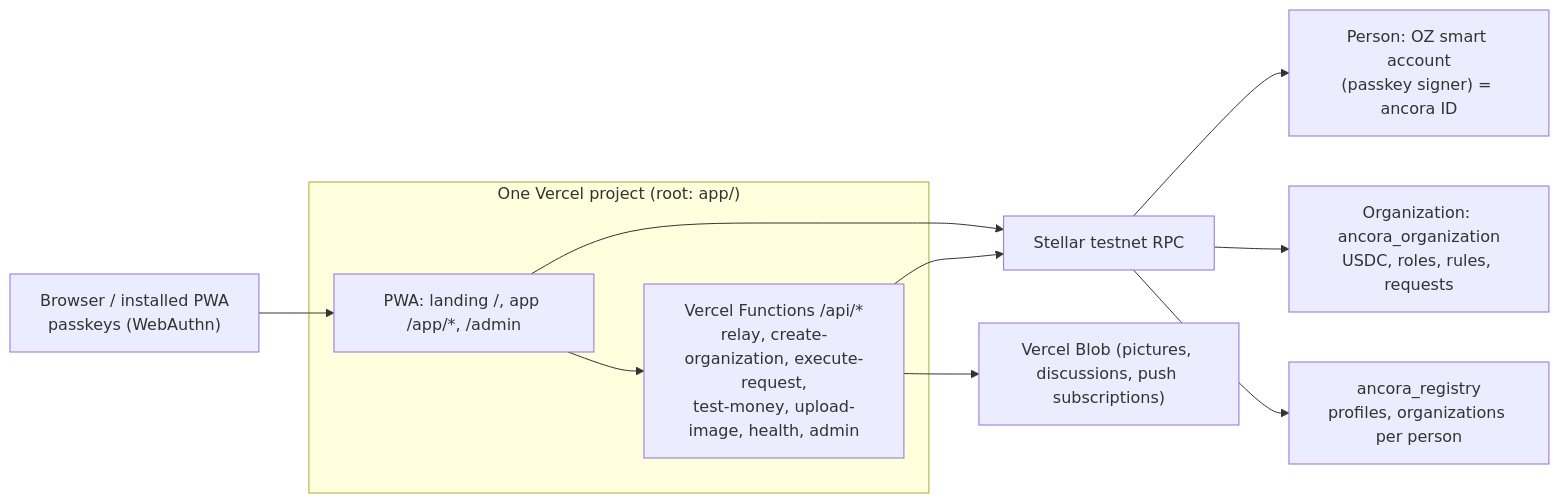
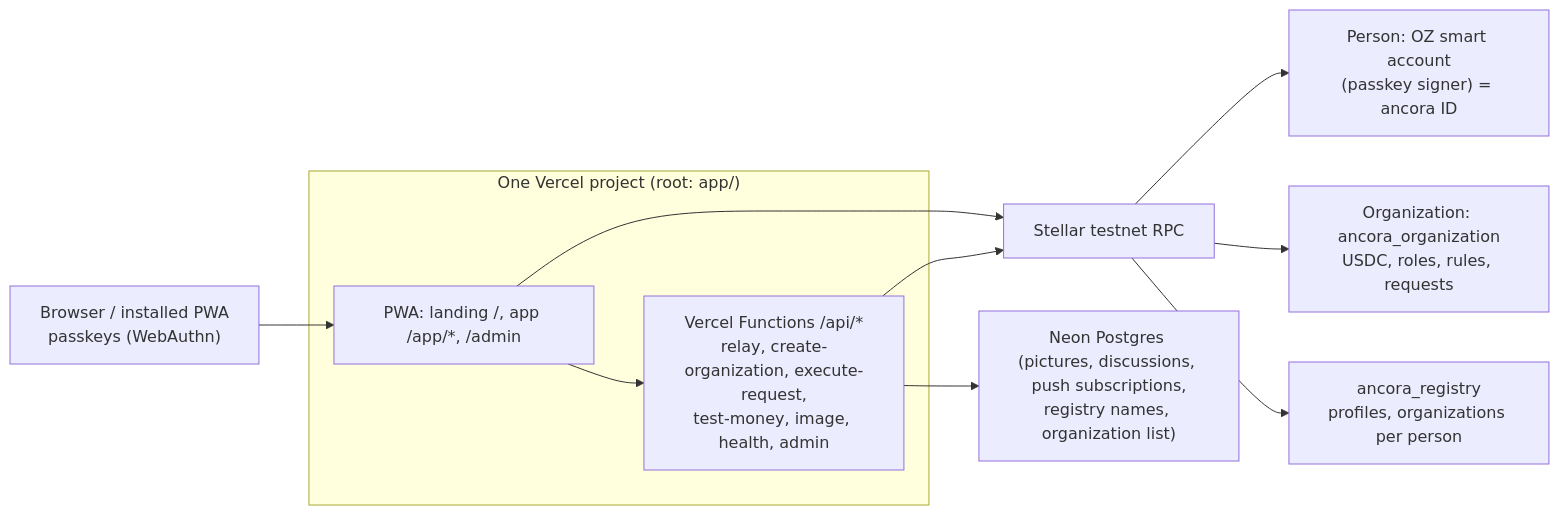
The diagram in docs/ARCHITECTURE.md (raglibol-re/ancora), drawn with Mermaid before and after one commit. The commit also changed other lines of this file and 21 other files, not shown here.

First line of the commit message:
feat(storage): move off-chain records from Vercel Blob to Neon Postgres

````diff
--- a/docs/ARCHITECTURE.md
+++ b/docs/ARCHITECTURE.md
@@ -7,15 +7,15 @@
 ```mermaid
 flowchart LR
   subgraph Vercel["One Vercel project (root: app/)"]
     SPA["PWA: landing /, app /app/*, /admin"]
-    API["Vercel Functions /api/*<br/>relay, create-organization, execute-request,<br/>test-money, upload-image, health, admin"]
+    API["Vercel Functions /api/*<br/>relay, create-organization, execute-request,<br/>test-money, image, health, admin"]
   end
   Browser["Browser / installed PWA<br/>passkeys (WebAuthn)"] --> SPA
   SPA --> API
   SPA --> RPC["Stellar testnet RPC"]
   API --> RPC
-  API --> Blob["Vercel Blob (pictures, discussions, push subscriptions)"]
+  API --> Blob["Neon Postgres (pictures, discussions, push subscriptions,<br/>registry names, organization list)"]
   RPC --> Person["Person: OZ smart account<br/>(passkey signer) = ancora ID"]
   RPC --> Org["Organization: ancora_organization<br/>USDC, roles, rules, requests"]
   RPC --> Registry["ancora_registry<br/>profiles, organizations per person"]
 ```
````
